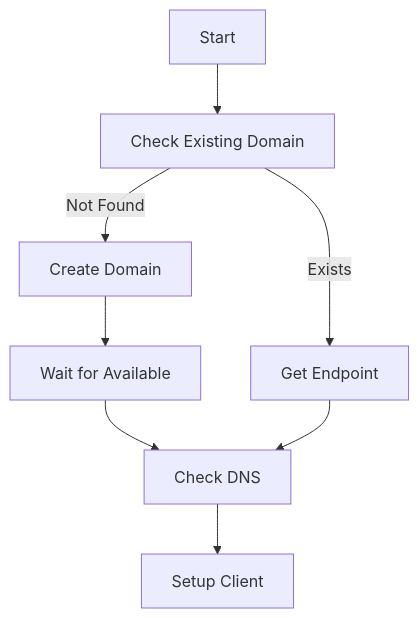
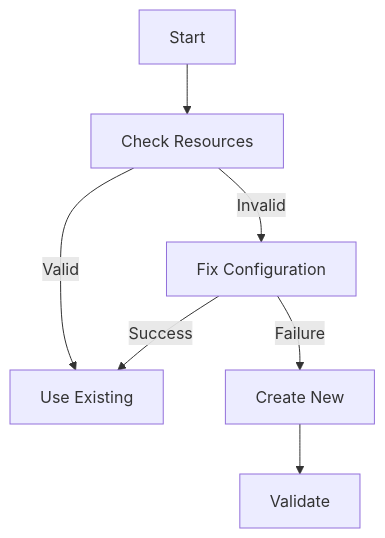
One commit to Inkmortal/LLM_Benchmarking changed the first of 4 diagrams in cline_memory/systemPatterns.md. Above: the diagram before and after it, drawn with Mermaid. The commit also changed other lines of this file and 4 other files, not shown here.

````diff
--- a/cline_memory/systemPatterns.md
+++ b/cline_memory/systemPatterns.md
@@ -6,10 +6,9 @@
 ```mermaid
 flowchart TD
-    Start[Start] --> Check[Check Existing Domain]
-    Check -->|Exists| GetEndpoint[Get Endpoint]
-    Check -->|Not Found| Create[Create Domain]
-    Create --> WaitAvailable[Wait for Available]
-    WaitAvailable --> CheckDNS[Check DNS]
-    GetEndpoint --> CheckDNS
-    CheckDNS --> Setup[Setup Client]
+    Start[Start] --> Check[Check Resources]
+    Check -->|Valid| Use[Use Existing]
+    Check -->|Invalid| Fix[Fix Configuration]
+    Fix -->|Success| Use
+    Fix -->|Failure| Create[Create New]
+    Create --> Validate[Validate]
 ```
````
